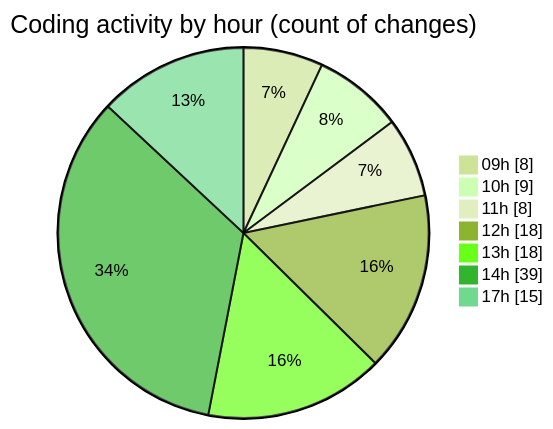
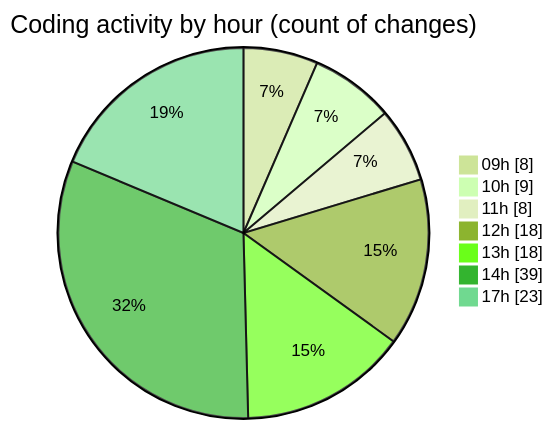
The second of 2 diagrams in 2025-02-25/cda/README.md (momahboobian/code-tracking), drawn with Mermaid (forest theme) before and after one commit. The commit also changed other lines of this file and 1 other file, not shown here.

````diff
--- a/2025-02-25/cda/README.md
+++ b/2025-02-25/cda/README.md
@@ -48,11 +48,11 @@
 ```mermaid
 pie showData
 title Coding activity by hour (count of changes)
 "09h" : 8
 "10h" : 9
 "11h" : 8
 "12h" : 18
 "13h" : 18
 "14h" : 39
-"17h" : 15
+"17h" : 23
 ```
````
